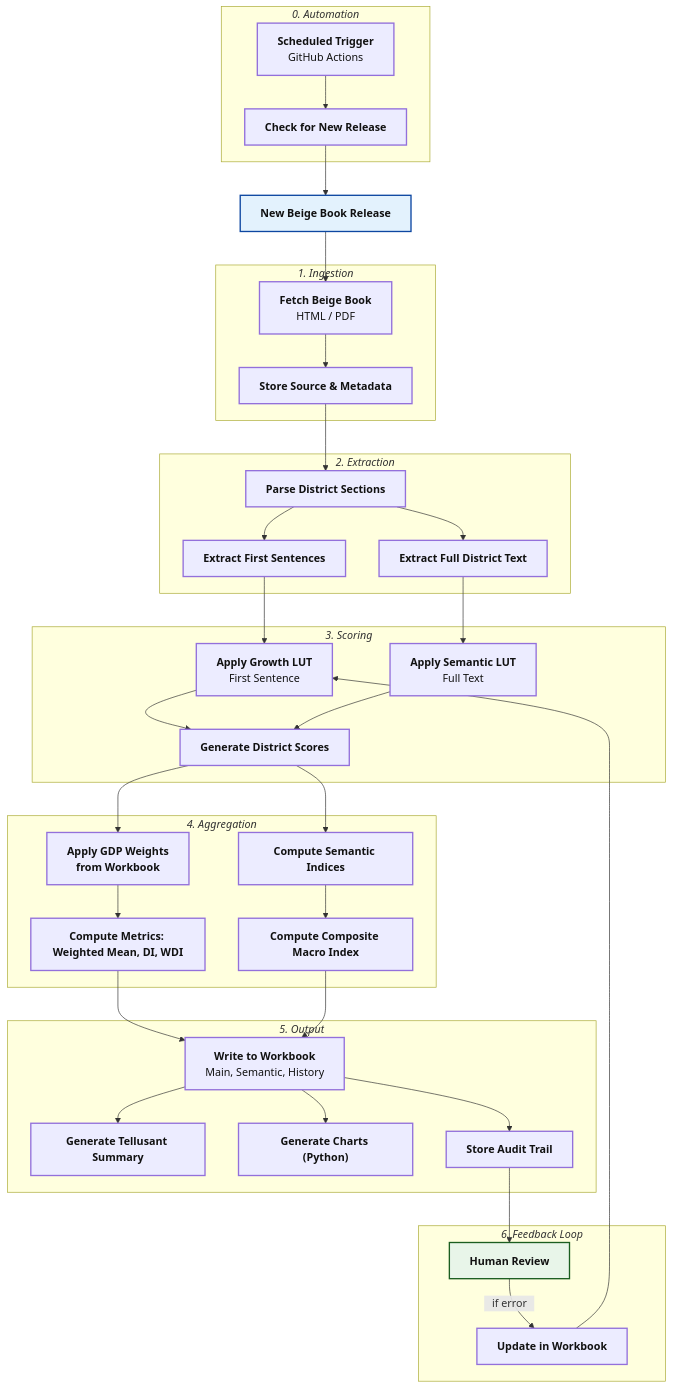
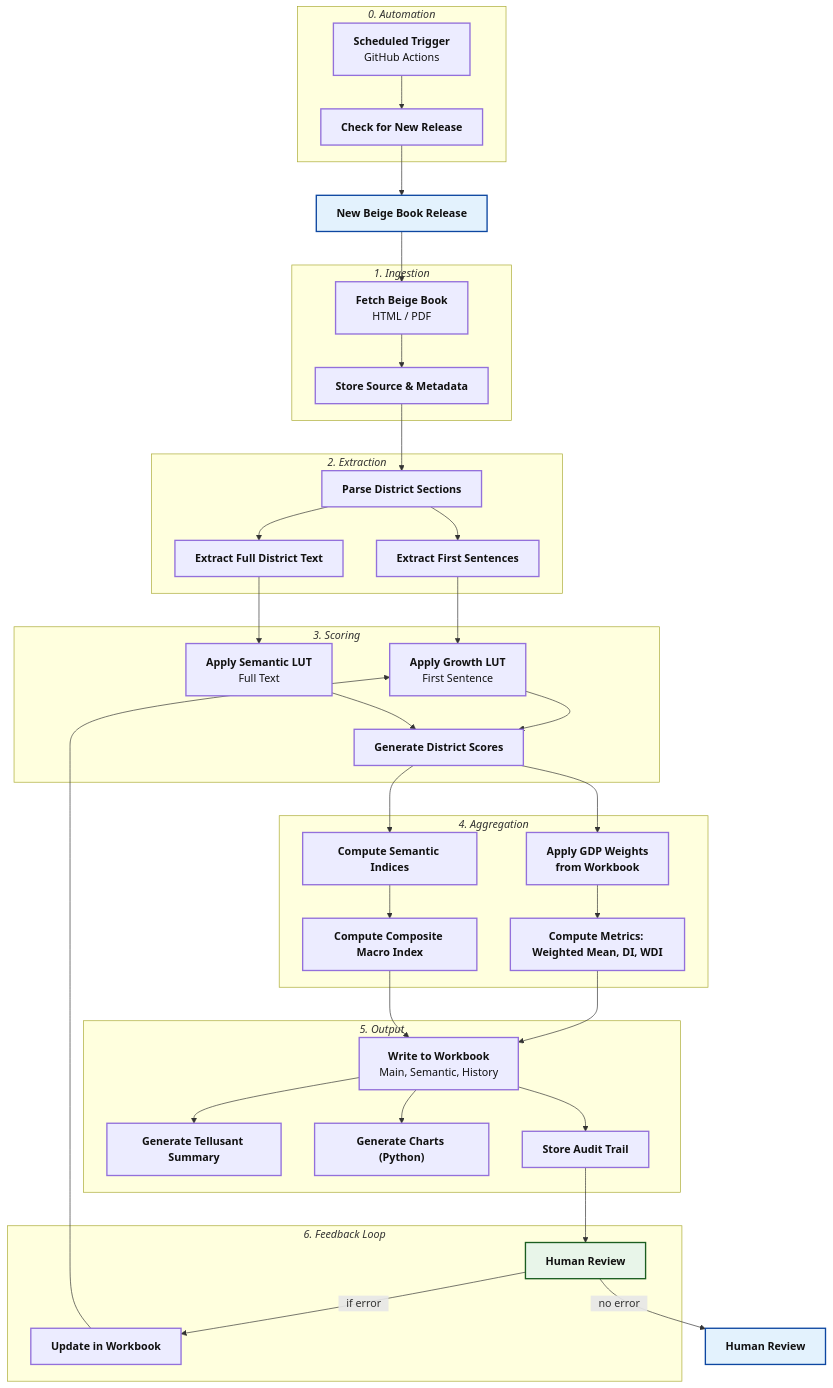
One commit to scanback/docs changed the diagram in articles-posts/fedora.md. Above: the diagram before and after it, drawn with Mermaid.

```diff
--- a/articles-posts/fedora.md
+++ b/articles-posts/fedora.md
@@ -9,73 +9,76 @@
 <div class="mermaid">
 
 %%{init: {'themeVariables': { 'fontFamily': 'Arial'}}}%%
 
 flowchart TD
 
     A["`**New Beige Book Release**`"]:::blue
 
     subgraph S1["`*1. Ingestion*`"]
         B["`**Fetch Beige Book**<br/>HTML / PDF`"]:::base
         C["`**Store Source & Metadata**`"]:::base
     end
 
     subgraph S2["`*2. Extraction*`"]
         D["`**Parse District Sections**`"]:::base
         E["`**Extract First Sentences**`"]:::base
         F["`**Extract Full District Text**`"]:::base
     end
 
     subgraph S3["`*3. Scoring*`"]
         G["`**Apply Growth LUT**<br/>First Sentence`"]:::base
         H["`**Apply Semantic LUT**<br/>Full Text`"]:::base
         I["`**Generate District Scores**`"]:::base
     end
 
     subgraph S4["`*4. Aggregation*`"]
         J["`**Apply GDP Weights<br/>from Workbook**`"]:::base
         K["`**Compute Metrics: Weighted Mean, DI, WDI**`"]:::base
         L["`**Compute Semantic Indices**`"]:::base
         M["`**Compute Composite Macro Index**`"]:::base
     end
 
     subgraph S5["`*5. Output*`"]
         N["`**Write to Workbook**<br/>Main, Semantic, History`"]:::base
         O["`**Generate Tellusant Summary**`"]:::base
         P["`**Generate Charts (Python)**`"]:::base
         Q["`**Store Audit Trail**`"]:::base
     end
 
     subgraph S6["`*0. Automation*`"]
         R["`**Scheduled Trigger**<br/>GitHub Actions`"]:::base
         S["`**Check for New Release**`"]:::base
     end
 
     subgraph S7["`*6. Feedback Loop*`"]
         T["`**Human Review**`"]:::green
         U["`**Update in Workbook**`"]:::base
     end
 
+        V["`**Human Review**`"]:::blue
+        
     R --> S --> A
     A --> B --> C --> D --> E
     D --> F
     E --> G --> I
     F --> H --> I
     I --> J --> K
     I --> L --> M
     K --> N
     M --> N
     N --> O
     N --> P
     N --> Q
     Q --> T -->|⠀if error⠀| U --> G
+    T -->|⠀no error⠀| V
 
 %% ========= STYLES =========
 classDef green   fill:#E8F5E9,stroke:#1B5E20,stroke-width:2px,color:#111;
 classDef blue    fill:#E3F2FD,stroke:#0D47A1,stroke-width:2px,color:#111;
 classDef orange  fill:#FFF8E1,stroke:#FF6F00,stroke-width:2px,color:#111;
 classDef red     fill:#FDECEA,stroke:#B71C1C,stroke-width:2px,color:#111;
 classDef grey    fill:#F5F5F5,stroke:#424242,stroke-width:2px,color:#111;
 classDef base    fill:#ECECFF,stroke:#9370DB,stroke-width:2px,color:#111;
 classDef clear   fill:transparent,stroke:transparent;
 
     </div>
```
